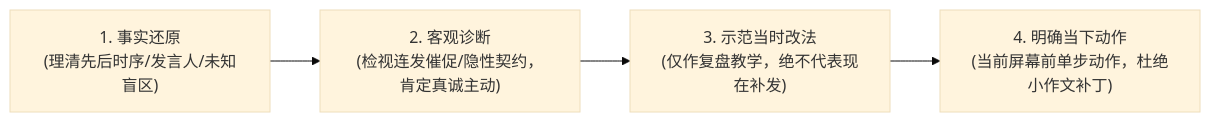
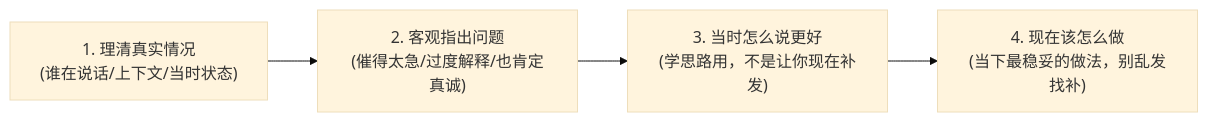
Before and after one commit to CAoyinggo/emotional-push-pull: the second of 2 diagrams in README.md, drawn with Mermaid (base theme). The commit also changed other lines of this file, not shown here.

````diff
--- a/README.md
+++ b/README.md
@@ -100,6 +101,6 @@
 ```mermaid
 flowchart LR
-    A["1. 事实还原<br/>(理清先后时序/发言人/未知盲区)"] --> B["2. 客观诊断<br/>(检视连发催促/隐性契约，肯定真诚主动)"]
-    B --> C["3. 示范当时改法<br/>(仅作复盘教学，绝不代表现在补发)"]
-    C --> D["4. 明确当下动作<br/>(当前屏幕前单步动作，杜绝小作文补丁)"]
+    A["1. 理清真实情况<br/>(谁在说话/上下文/当时状态)"] --> B["2. 客观指出问题<br/>(催得太急/过度解释/也肯定真诚)"]
+    B --> C["3. 当时怎么说更好<br/>(学思路用，不是让你现在补发)"]
+    C --> D["4. 现在该怎么做<br/>(当下最稳妥的做法，别乱发找补)"]
 ```
````
